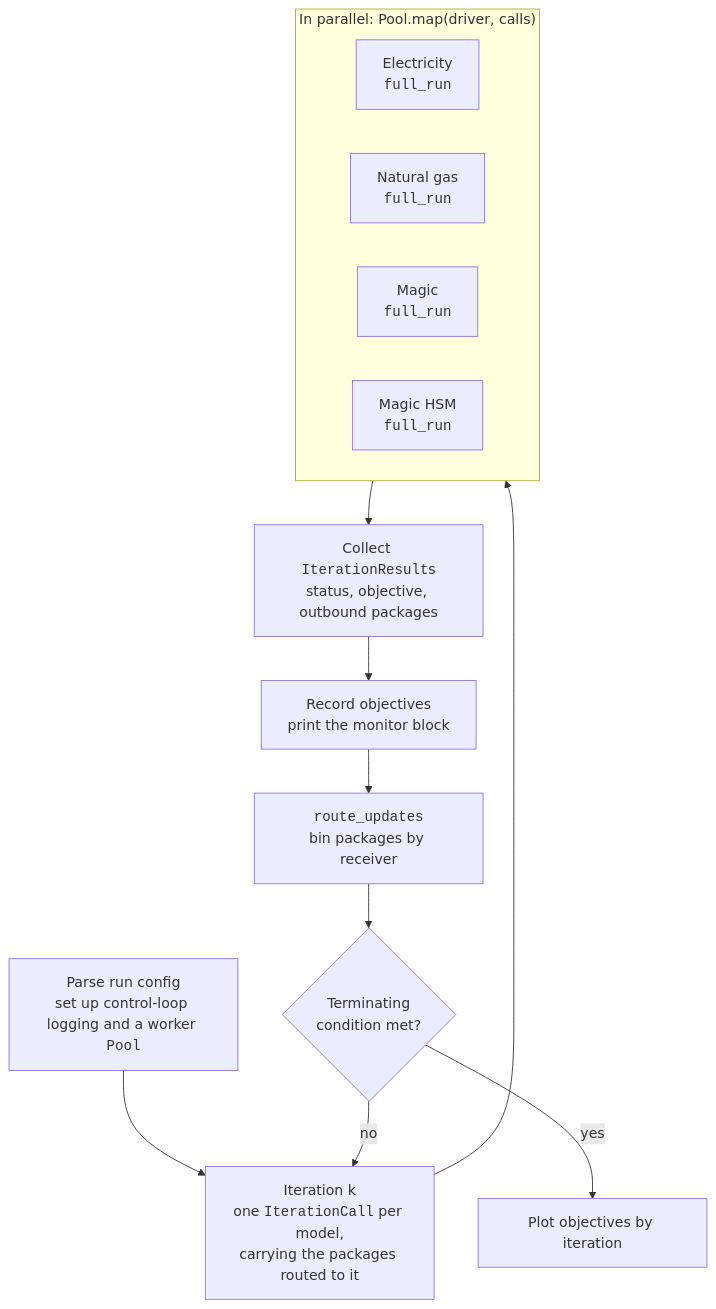
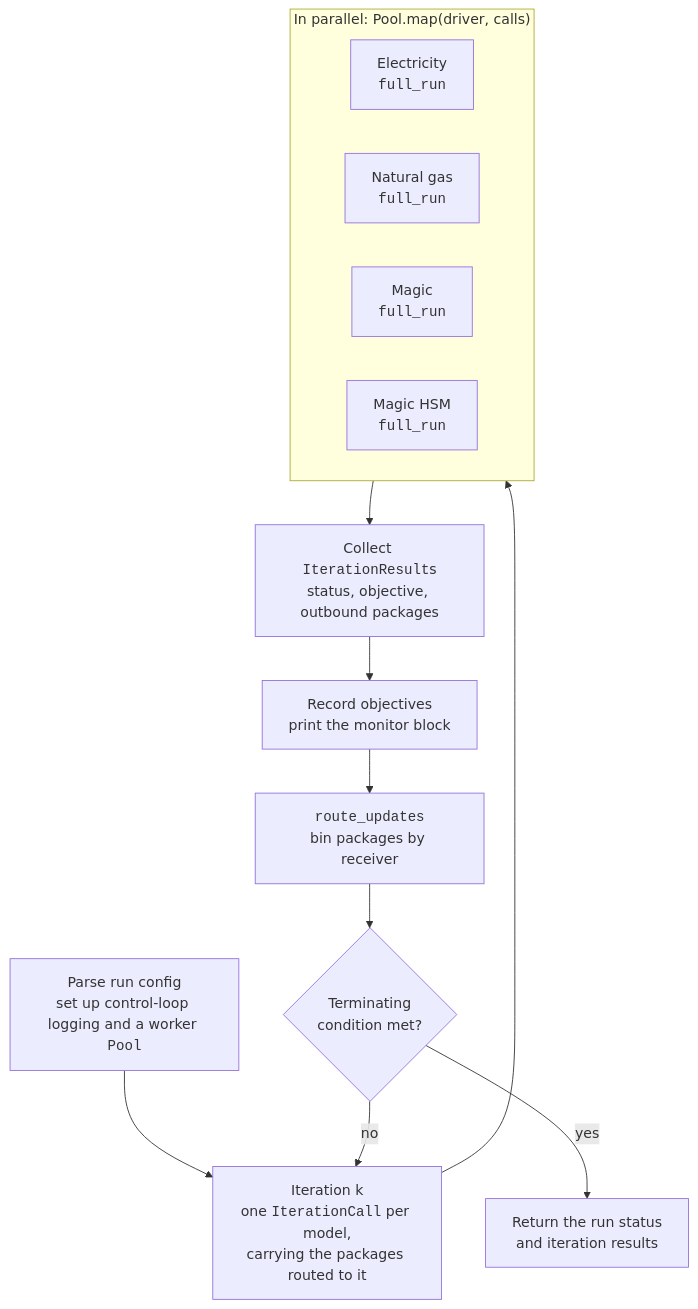
One commit to Community-NEMS/cnems-models changed the first of 2 diagrams in docs/run_modes/integrated.md. Above: the diagram before and after it, drawn with Mermaid. The commit also changed other lines of this file and 2 other files, not shown here.

Commit message:
Correct the gas model and integrated-run docs

````diff
--- a/docs/run_modes/integrated.md
+++ b/docs/run_modes/integrated.md
@@ -94,18 +94,18 @@
 ```mermaid
 flowchart TD
     S["Parse run config<br/>set up control-loop logging and a worker <code>Pool</code>"] --> I
     I["Iteration k<br/>one <code>IterationCall</code> per model,<br/>carrying the packages routed to it"] --> P
     subgraph P ["In parallel: Pool.map(driver, calls)"]
         direction LR
         E["Electricity<br/><code>full_run</code>"]
         N["Natural gas<br/><code>full_run</code>"]
         M["Magic<br/><code>full_run</code>"]
         H["Magic HSM<br/><code>full_run</code>"]
     end
     P --> R["Collect <code>IterationResult</code>s<br/>status, objective, outbound packages"]
     R --> V["Record objectives<br/>print the monitor block"]
     V --> U["<code>route_updates</code><br/>bin packages by receiver"]
     U --> C{"Terminating<br/>condition met?"}
     C -- no --> I
-    C -- yes --> Z["Plot objectives by iteration"]
+    C -- yes --> Z["Return the run status<br/>and iteration results"]
 ```
````
